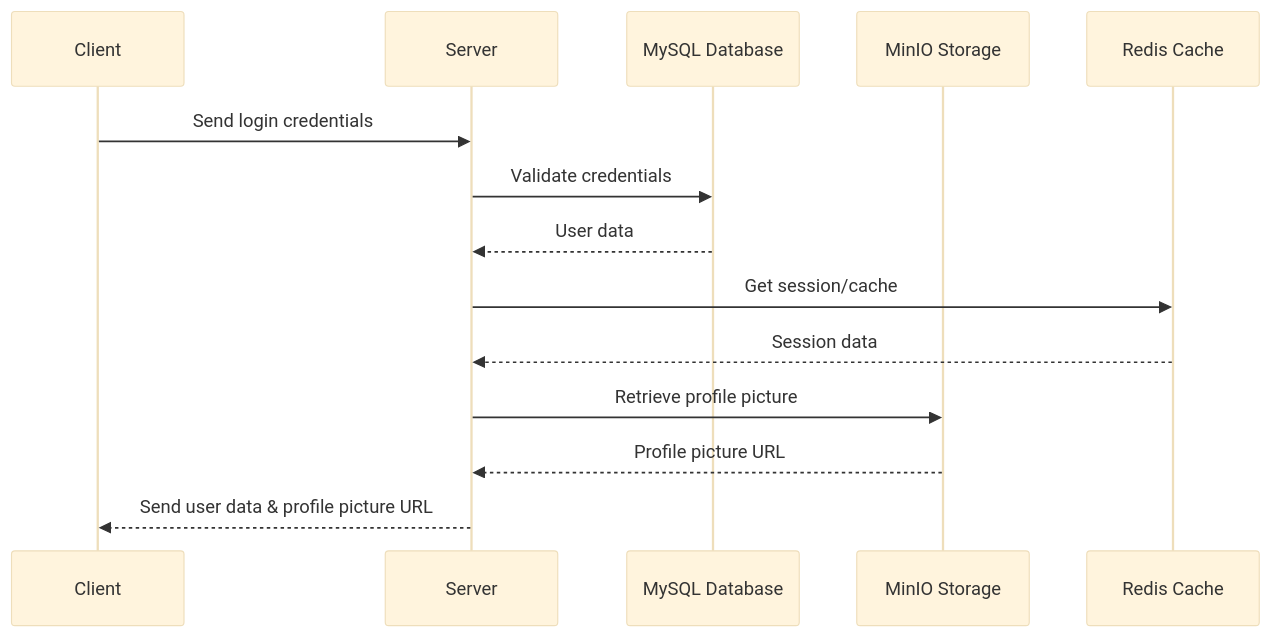
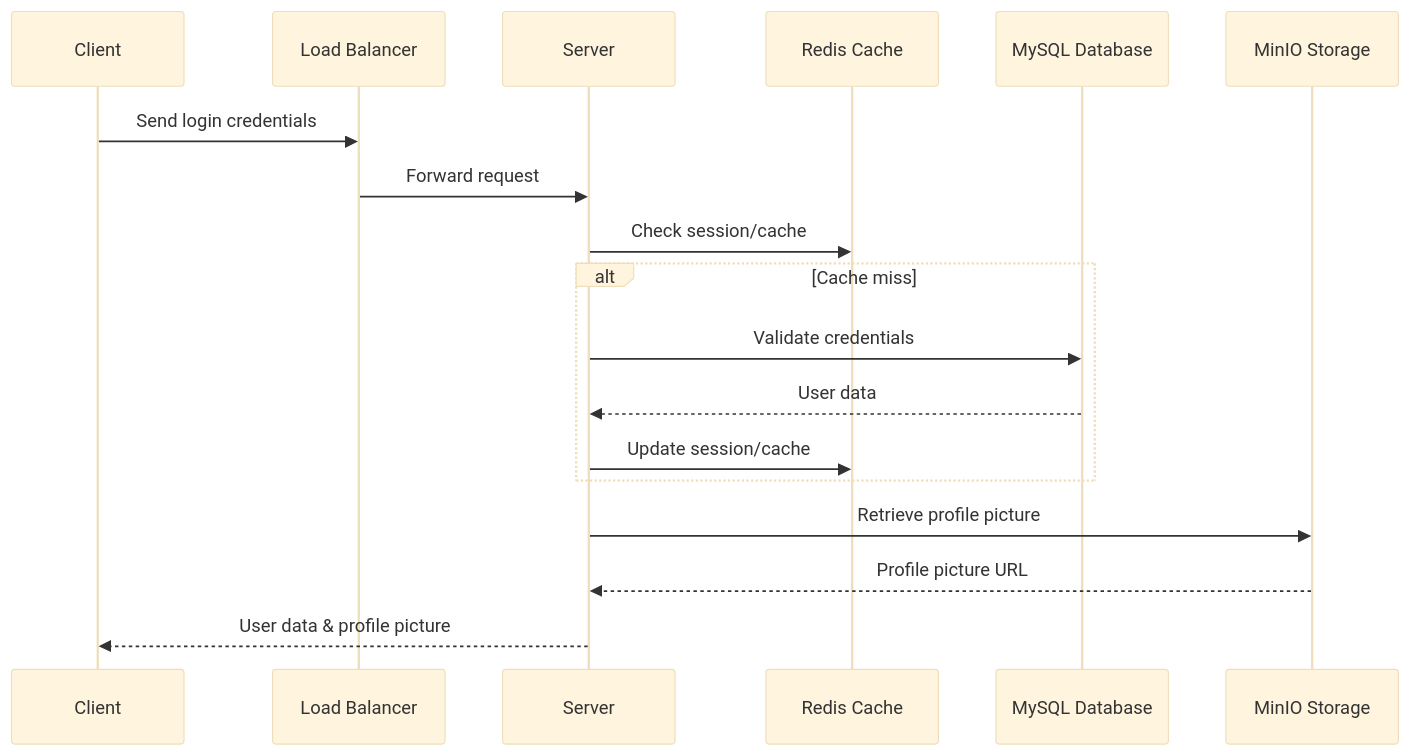
Before and after one commit to ryougi-shiky/forum: the first of 2 diagrams in doc/model/user.md, drawn with Mermaid (base theme). The commit also changed other lines of this file, not shown here.

Commit message:
update user architecture design

````diff
--- a/doc/model/user.md
+++ b/doc/model/user.md
@@ -61,17 +62,21 @@
 ```mermaid
 sequenceDiagram
     participant Client as Client
+    participant LoadBalancer as Load Balancer
     participant Server as Server
+    participant Redis as Redis Cache
     participant MySQL as MySQL Database
     participant MinIO as MinIO Storage
-    participant Redis as Redis Cache
 
-    Client->>Server: Send login credentials
-    Server->>MySQL: Validate credentials
-    MySQL-->>Server: User data
-    Server->>Redis: Get session/cache
-    Redis-->>Server: Session data
+    Client->>LoadBalancer: Send login credentials
+    LoadBalancer->>Server: Forward request
+    Server->>Redis: Check session/cache
+    alt Cache miss
+        Server->>MySQL: Validate credentials
+        MySQL-->>Server: User data
+        Server->>Redis: Update session/cache
+    end
     Server->>MinIO: Retrieve profile picture
     MinIO-->>Server: Profile picture URL
-    Server-->>Client: Send user data & profile picture URL
+    Server-->>Client: User data & profile picture
 ```
````
